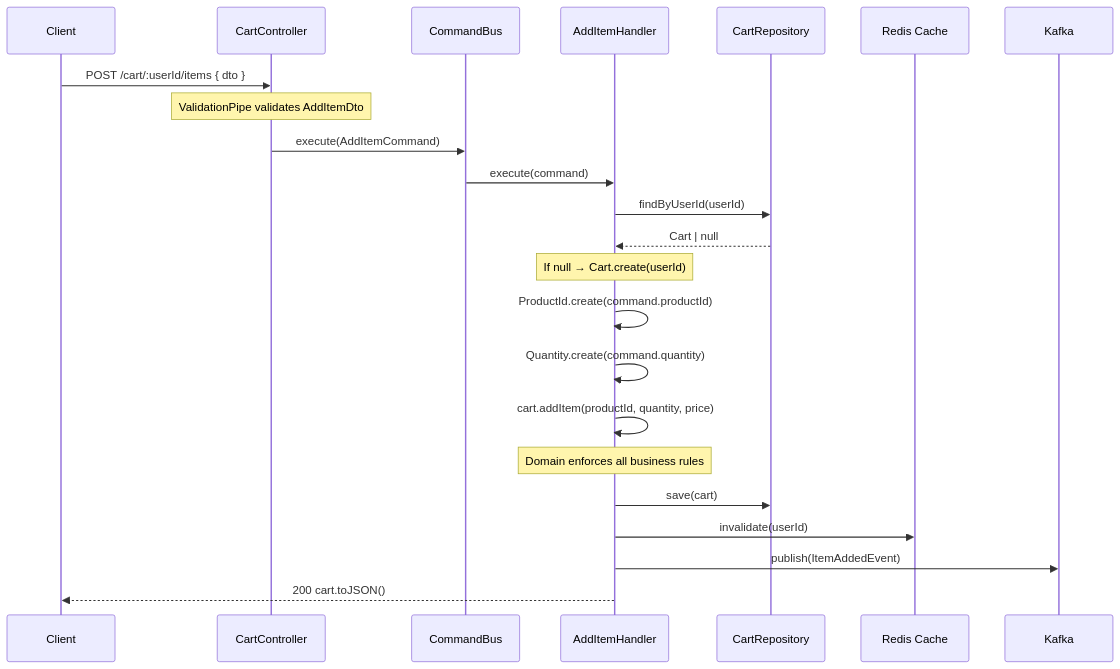
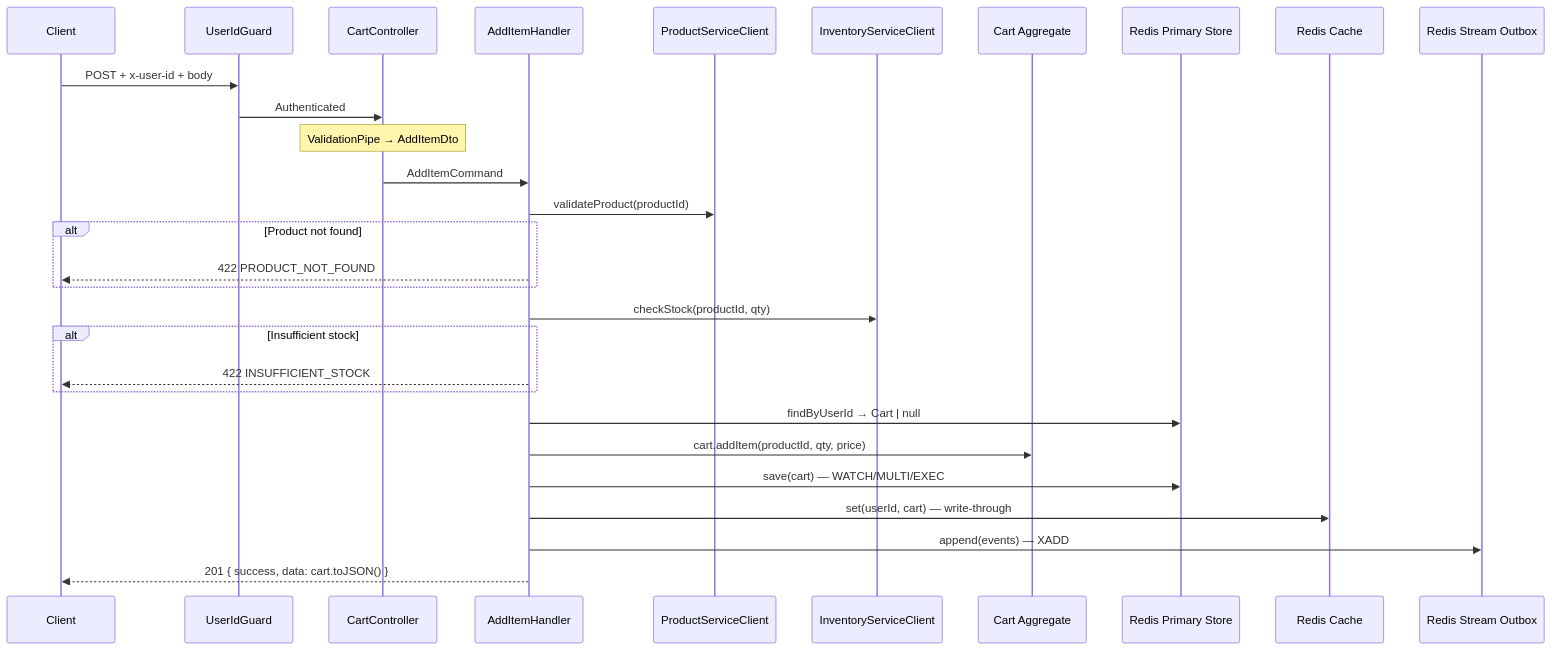
One commit to thachda0106/scalable-ecommerce-microservices changed the second of 2 diagrams in apps/cart-service/docs/cart-service-endpoints-flow.md. Above: the diagram before and after it, drawn with Mermaid. The commit also changed other lines of this file and 3 other files, not shown here.

First line of the commit message:
docs(cart-service): update README and architecture docs for production-ready state

````diff
--- a/apps/cart-service/docs/cart-service-endpoints-flow.md
+++ b/apps/cart-service/docs/cart-service-endpoints-flow.md
@@ -140,29 +171,35 @@
 ```mermaid
 sequenceDiagram
     participant Client
+    participant Guard as UserIdGuard
     participant Controller as CartController
-    participant CommandBus
     participant Handler as AddItemHandler
-    participant Repo as CartRepository
+    participant Product as ProductServiceClient
+    participant Inventory as InventoryServiceClient
+    participant Domain as Cart Aggregate
+    participant Repo as Redis Primary Store
     participant Cache as Redis Cache
-    participant Kafka
+    participant Outbox as Redis Stream Outbox
 
-    Client->>Controller: POST /cart/:userId/items { dto }
-    Note over Controller: ValidationPipe validates AddItemDto
-    Controller->>CommandBus: execute(AddItemCommand)
-    CommandBus->>Handler: execute(command)
+    Client->>Guard: POST + x-user-id + body
+    Guard->>Controller: Authenticated
+    Note over Controller: ValidationPipe → AddItemDto
+    Controller->>Handler: AddItemCommand
 
-    Handler->>Repo: findByUserId(userId)
-    Repo-->>Handler: Cart | null
-    Note over Handler: If null → Cart.create(userId)
+    Handler->>Product: validateProduct(productId)
+    alt Product not found
+        Handler-->>Client: 422 PRODUCT_NOT_FOUND
+    end
 
-    Handler->>Handler: ProductId.create(command.productId)
-    Handler->>Handler: Quantity.create(command.quantity)
-    Handler->>Handler: cart.addItem(productId, quantity, price)
-    Note over Handler: Domain enforces all business rules
+    Handler->>Inventory: checkStock(productId, qty)
+    alt Insufficient stock
+        Handler-->>Client: 422 INSUFFICIENT_STOCK
+    end
 
-    Handler->>Repo: save(cart)
-    Handler->>Cache: invalidate(userId)
-    Handler->>Kafka: publish(ItemAddedEvent)
-    Handler-->>Client: 200 cart.toJSON()
+    Handler->>Repo: findByUserId → Cart | null
+    Handler->>Domain: cart.addItem(productId, qty, price)
+    Handler->>Repo: save(cart) — WATCH/MULTI/EXEC
+    Handler->>Cache: set(userId, cart) — write-through
+    Handler->>Outbox: append(events) — XADD
+    Handler-->>Client: 201 { success, data: cart.toJSON() }
 ```
````
